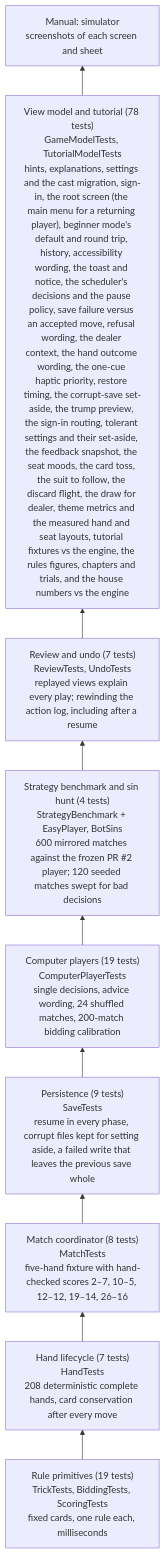
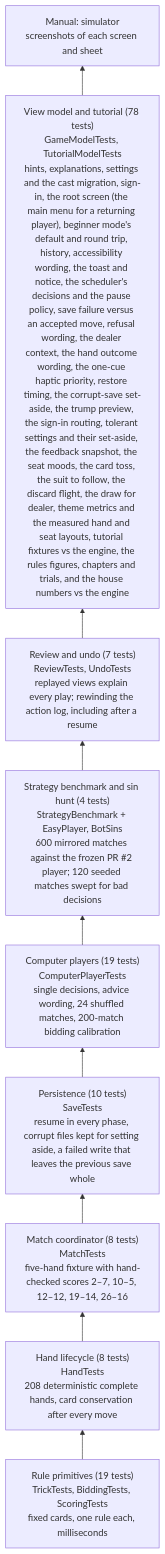
Before and after one commit to cmurphy1140/catch-5: the first of 2 diagrams in docs/testing.md, drawn with Mermaid. The commit also changed other lines of this file and 7 other files, not shown here.

````diff
--- a/docs/testing.md
+++ b/docs/testing.md
@@ -40,13 +40,13 @@
 ```mermaid
 flowchart BT
     L1["Rule primitives (19 tests)<br/>TrickTests, BiddingTests, ScoringTests<br/>fixed cards, one rule each, milliseconds"]
-    L2["Hand lifecycle (7 tests)<br/>HandTests<br/>208 deterministic complete hands, card conservation after every move"]
+    L2["Hand lifecycle (8 tests)<br/>HandTests<br/>208 deterministic complete hands, card conservation after every move"]
     L3["Match coordinator (8 tests)<br/>MatchTests<br/>five-hand fixture with hand-checked scores 2–7, 10–5, 12–12, 19–14, 26–16"]
-    L4["Persistence (9 tests)<br/>SaveTests<br/>resume in every phase, corrupt files kept for setting aside, a failed write that leaves the previous save whole"]
+    L4["Persistence (10 tests)<br/>SaveTests<br/>resume in every phase, corrupt files kept for setting aside, a failed write that leaves the previous save whole"]
     L5["Computer players (19 tests)<br/>ComputerPlayerTests<br/>single decisions, advice wording, 24 shuffled matches, 200-match bidding calibration"]
     L5b["Strategy benchmark and sin hunt (4 tests)<br/>StrategyBenchmark + EasyPlayer, BotSins<br/>600 mirrored matches against the frozen PR #2 player; 120 seeded matches swept for bad decisions"]
     L5c["Review and undo (7 tests)<br/>ReviewTests, UndoTests<br/>replayed views explain every play; rewinding the action log, including after a resume"]
     L6["View model and tutorial (78 tests)<br/>GameModelTests, TutorialModelTests<br/>hints, explanations, settings and the cast migration, sign-in, the root screen (the main menu for a returning player), beginner mode's default and round trip, history, accessibility wording, the toast and notice, the scheduler's decisions and the pause policy, save failure versus an accepted move, refusal wording, the dealer context, the hand outcome wording, the one-cue haptic priority, restore timing, the corrupt-save set-aside, the trump preview, the sign-in routing, tolerant settings and their set-aside, the feedback snapshot, the seat moods, the card toss, the suit to follow, the discard flight, the draw for dealer, theme metrics and the measured hand and seat layouts, tutorial fixtures vs the engine, the rules figures, chapters and trials, and the house numbers vs the engine"]
     L7["Manual: simulator<br/>screenshots of each screen and sheet"]
     L1 --> L2 --> L3 --> L4 --> L5 --> L5b --> L5c --> L6 --> L7
 ```
````
